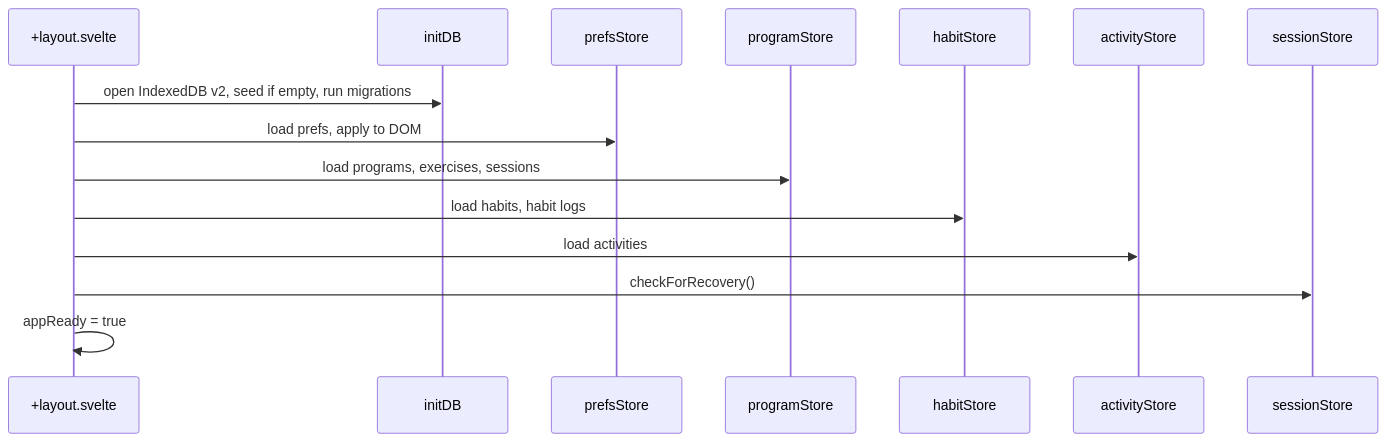
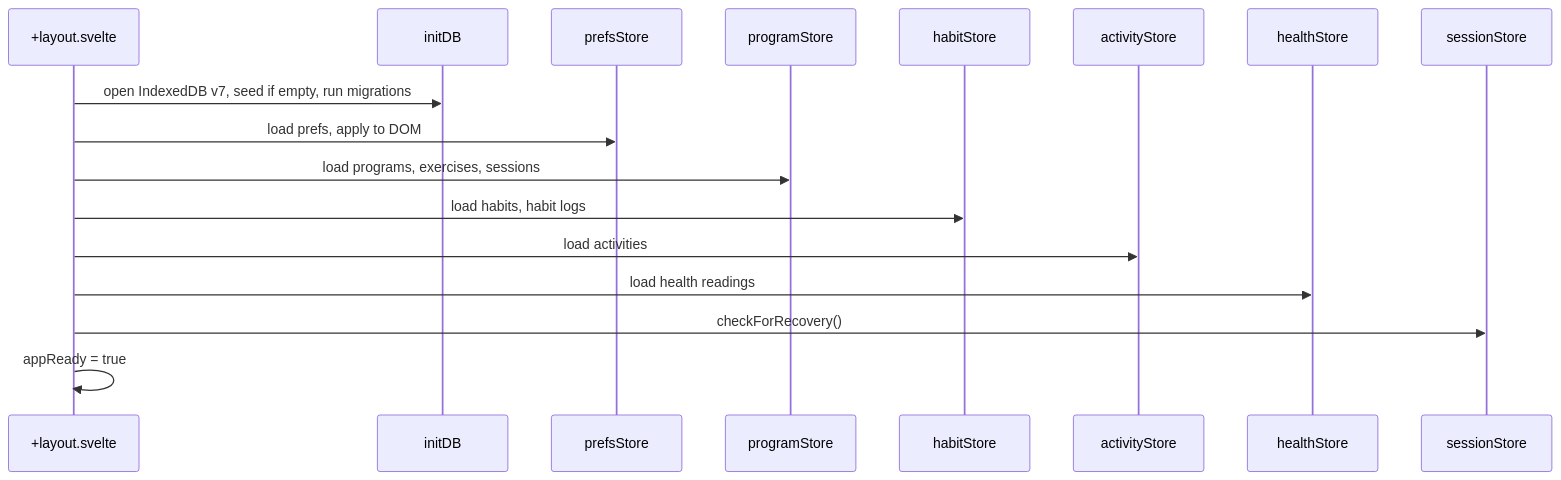
The second of 2 diagrams in docs/implementation/app-structure.md (jermbo/CosmicWorkOut), drawn with Mermaid before and after one commit. The commit also changed other lines of this file and 31 other files, not shown here.

````diff
--- a/docs/implementation/app-structure.md
+++ b/docs/implementation/app-structure.md
@@ -53,18 +60,20 @@
 ```mermaid
 sequenceDiagram
     participant L as +layout.svelte
     participant DB as initDB
     participant P as prefsStore
     participant Prog as programStore
     participant H as habitStore
     participant A as activityStore
+    participant He as healthStore
     participant S as sessionStore
 
-    L->>DB: open IndexedDB v2, seed if empty, run migrations
+    L->>DB: open IndexedDB v7, seed if empty, run migrations
     L->>P: load prefs, apply to DOM
     L->>Prog: load programs, exercises, sessions
     L->>H: load habits, habit logs
     L->>A: load activities
+    L->>He: load health readings
     L->>S: checkForRecovery()
     L->>L: appReady = true
 ```
````
